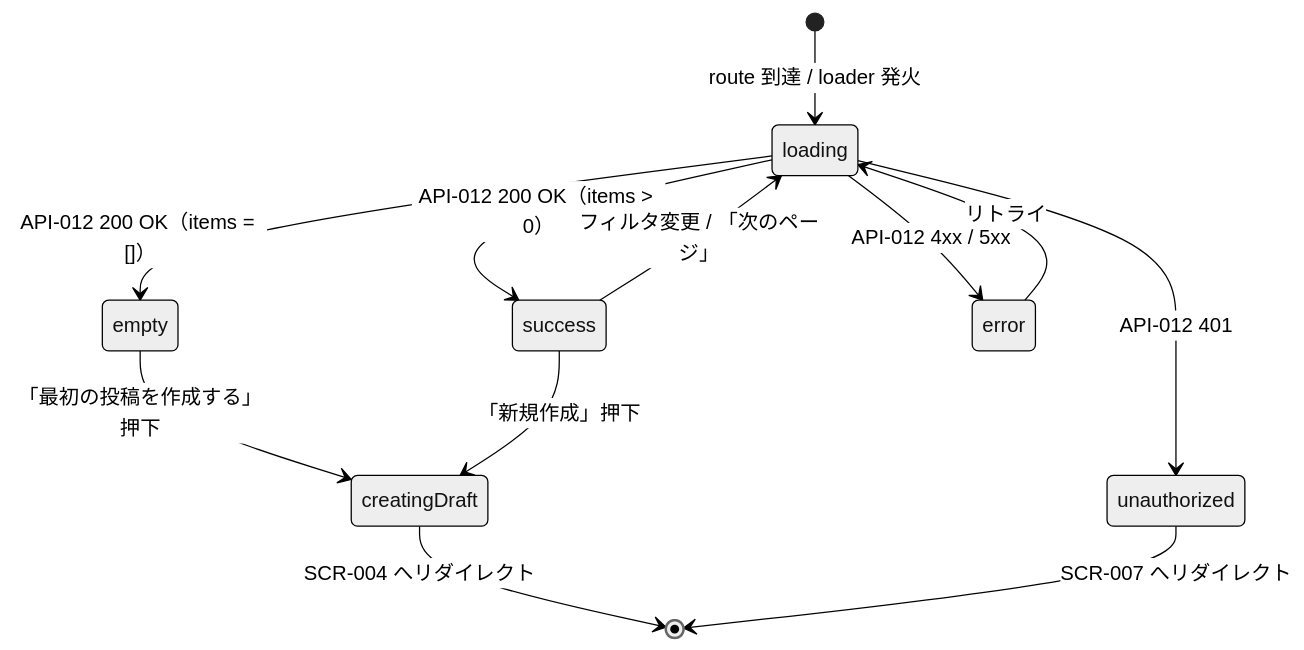
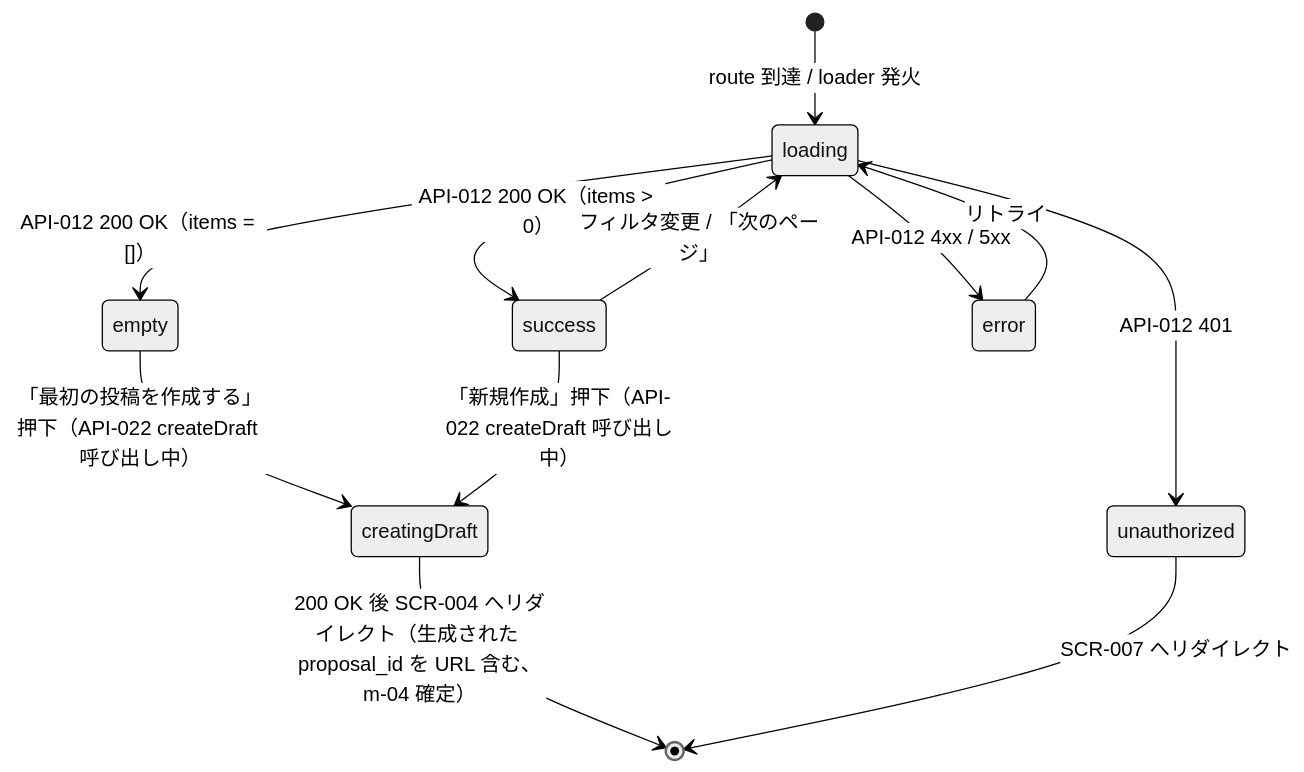
Before and after one commit to averu/viaduction: the diagram in docs/20-detail-design/screens/SCR-005.md, drawn with Mermaid (neutral theme). The commit also changed other lines of this file and 19 other files, not shown here.

````diff
--- a/docs/20-detail-design/screens/SCR-005.md
+++ b/docs/20-detail-design/screens/SCR-005.md
@@ -70,14 +72,14 @@
 ```mermaid
 stateDiagram-v2
   [*] --> loading: route 到達 / loader 発火
   loading --> success: API-012 200 OK（items > 0）
   loading --> empty: API-012 200 OK（items = []）
   loading --> unauthorized: API-012 401
   loading --> error: API-012 4xx / 5xx
   success --> loading: フィルタ変更 / 「次のページ」
-  empty --> creatingDraft: 「最初の投稿を作成する」押下
-  success --> creatingDraft: 「新規作成」押下
-  creatingDraft --> [*]: SCR-004 へリダイレクト
+  empty --> creatingDraft: 「最初の投稿を作成する」押下（API-022 createDraft 呼び出し中）
+  success --> creatingDraft: 「新規作成」押下（API-022 createDraft 呼び出し中）
+  creatingDraft --> [*]: 200 OK 後 SCR-004 へリダイレクト（生成された proposal_id を URL 含む、m-04 確定）
   unauthorized --> [*]: SCR-007 へリダイレクト
   error --> loading: リトライ
 ```
````
